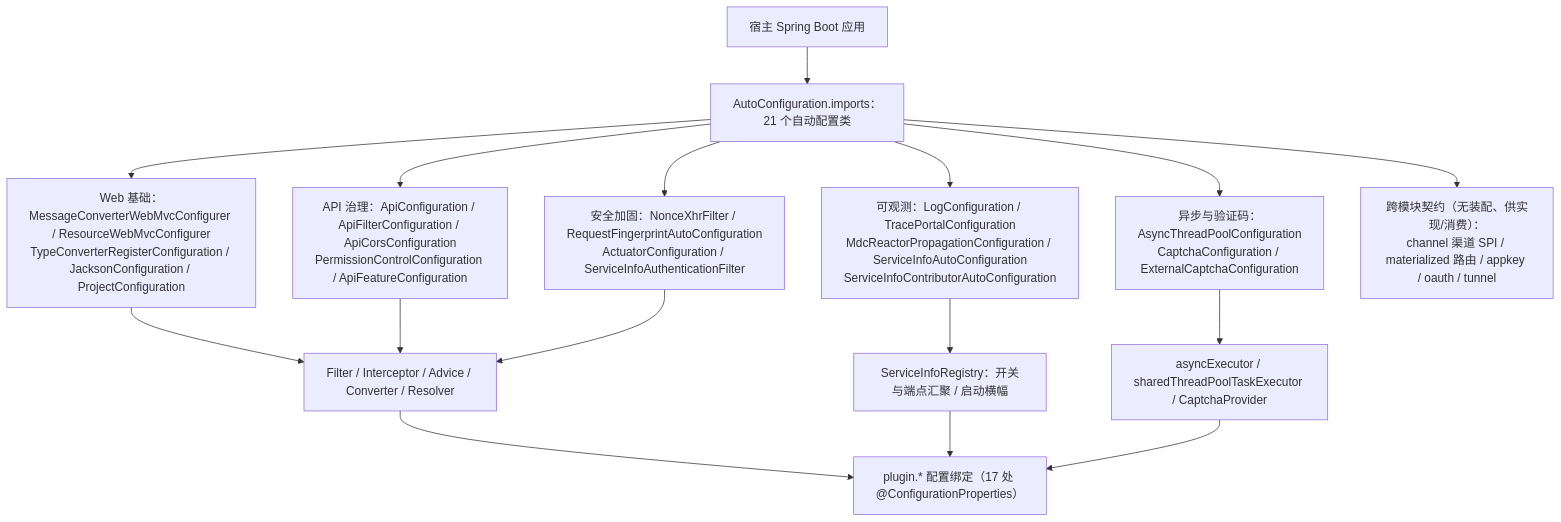
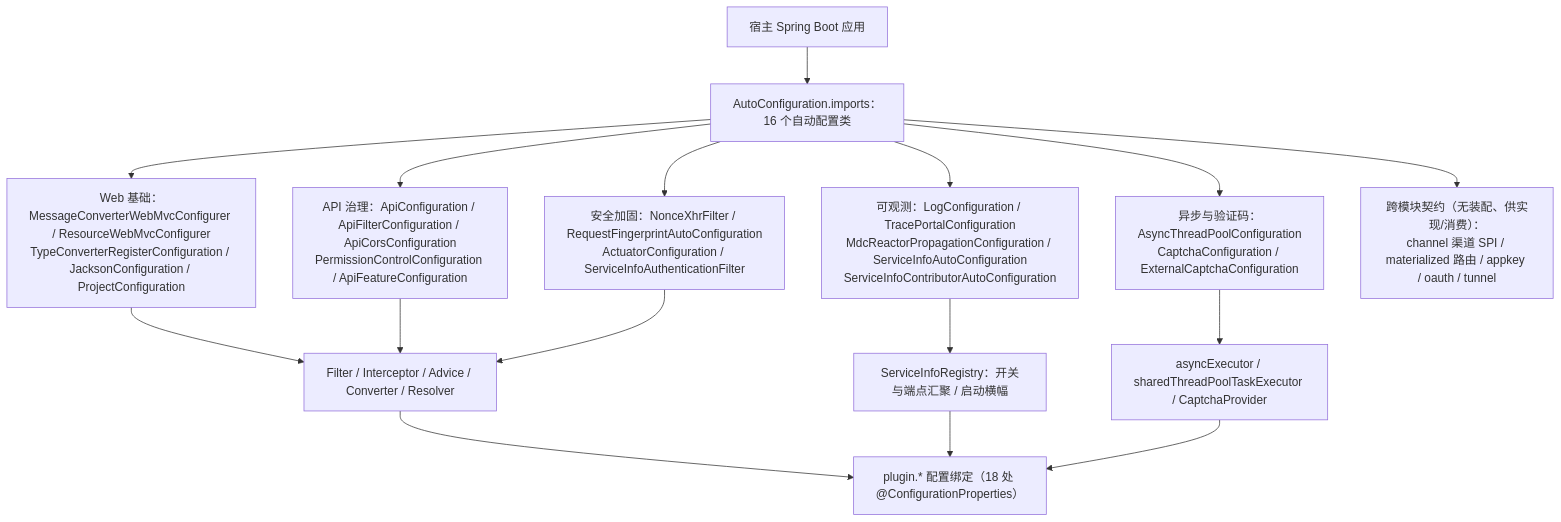
One commit to CHTK001/spring-support-parent-starter changed the first of 2 diagrams in spring-support-common-starter/README.md. Above: the diagram before and after it, drawn with Mermaid. The commit also changed other lines of this file and 72 other files, not shown here.

````diff
--- a/spring-support-common-starter/README.md
+++ b/spring-support-common-starter/README.md
@@ -19,18 +19,18 @@
 ```mermaid
 graph TB
-    HOST["宿主 Spring Boot 应用"] --> AUTO["AutoConfiguration.imports：21 个自动配置类"]
+    HOST["宿主 Spring Boot 应用"] --> AUTO["AutoConfiguration.imports：16 个自动配置类"]
     AUTO --> WEB["Web 基础：MessageConverterWebMvcConfigurer / ResourceWebMvcConfigurer<br/>TypeConverterRegisterConfiguration / JacksonConfiguration / ProjectConfiguration"]
     AUTO --> APIC["API 治理：ApiConfiguration / ApiFilterConfiguration / ApiCorsConfiguration<br/>PermissionControlConfiguration / ApiFeatureConfiguration"]
     AUTO --> SEC["安全加固：NonceXhrFilter / RequestFingerprintAutoConfiguration<br/>ActuatorConfiguration / ServiceInfoAuthenticationFilter"]
     AUTO --> OBS["可观测：LogConfiguration / TracePortalConfiguration<br/>MdcReactorPropagationConfiguration / ServiceInfoAutoConfiguration<br/>ServiceInfoContributorAutoConfiguration"]
     AUTO --> ASY["异步与验证码：AsyncThreadPoolConfiguration<br/>CaptchaConfiguration / ExternalCaptchaConfiguration"]
     AUTO --> CONTRACT["跨模块契约（无装配、供实现/消费）：<br/>channel 渠道 SPI / materialized 路由 / appkey / oauth / tunnel"]
     WEB --> LAYER["Filter / Interceptor / Advice / Converter / Resolver"]
     APIC --> LAYER
     SEC --> LAYER
     OBS --> REG["ServiceInfoRegistry：开关与端点汇聚 / 启动横幅"]
     ASY --> POOL["asyncExecutor / sharedThreadPoolTaskExecutor / CaptchaProvider"]
-    LAYER --> PROPS["plugin.* 配置绑定（17 处 @ConfigurationProperties）"]
+    LAYER --> PROPS["plugin.* 配置绑定（18 处 @ConfigurationProperties）"]
     REG --> PROPS
     POOL --> PROPS
 ```
````
